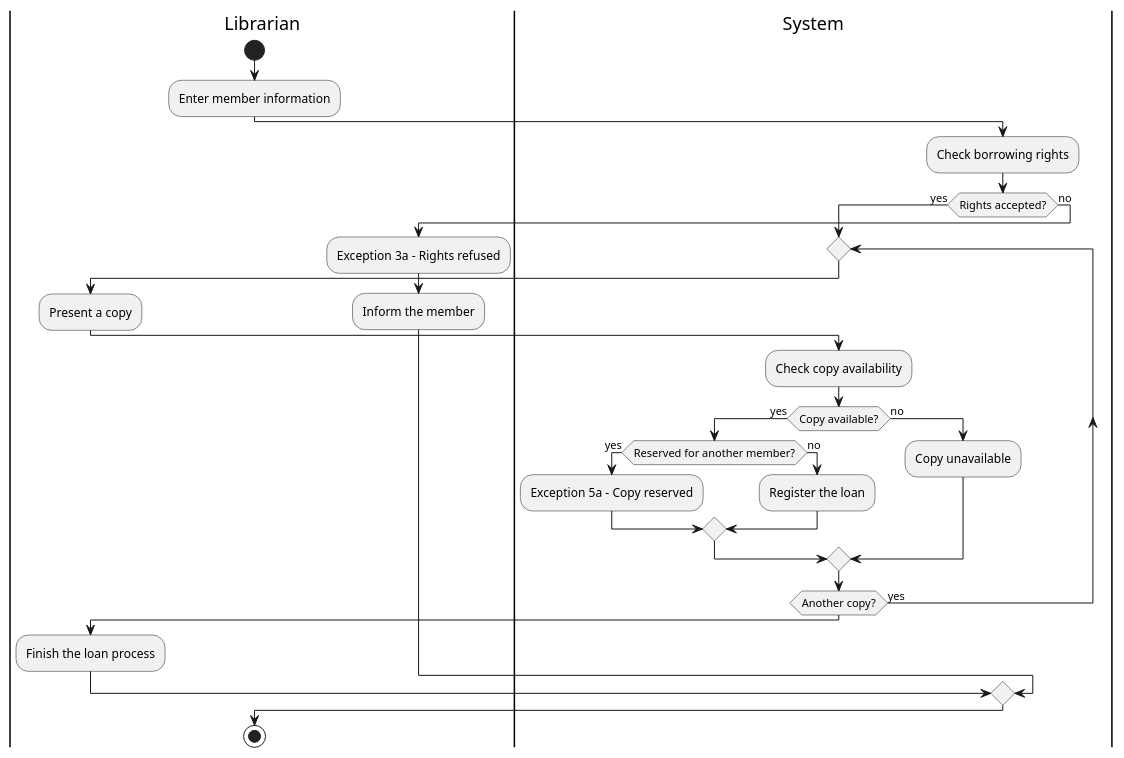
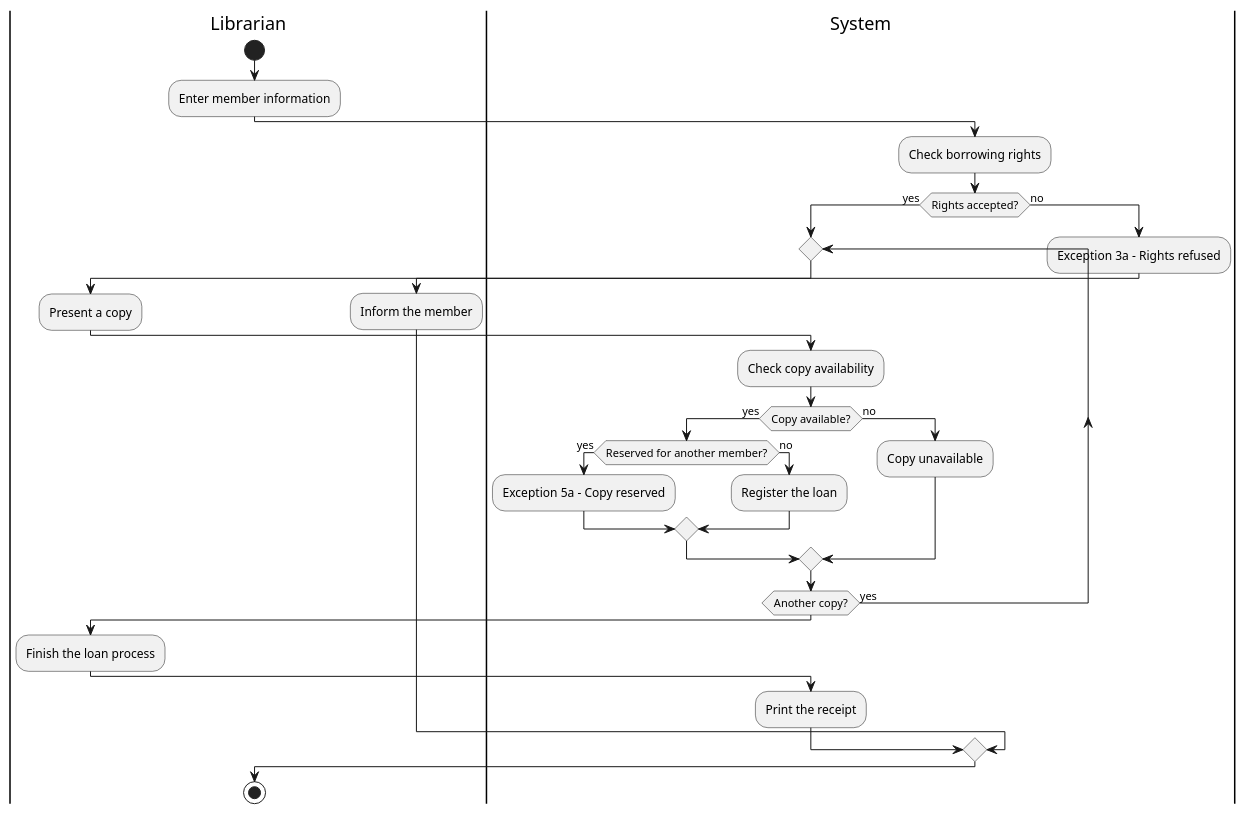
The diagram in docs/uml/register-loan-activity.puml (abderrahimbelfar/tp2-library), drawn with PlantUML before and after one commit. The commit also changed 7 other files, not shown here.

```diff
--- a/docs/uml/register-loan-activity.puml
+++ b/docs/uml/register-loan-activity.puml
@@ -1,42 +1,45 @@
 @startuml
 
 |Librarian|
 start
 :Enter member information;
 
 |System|
 :Check borrowing rights;
 
 if (Rights accepted?) then (yes)
 
   repeat
     |Librarian|
     :Present a copy;
 
     |System|
     :Check copy availability;
 
     if (Copy available?) then (yes)
       if (Reserved for another member?) then (yes)
         :Exception 5a - Copy reserved;
       else (no)
         :Register the loan;
       endif
     else (no)
       :Copy unavailable;
     endif
 
   repeat while (Another copy?) is (yes)
 
   |Librarian|
   :Finish the loan process;
 
+  |System|
+  :Print the receipt;
+
 else (no)
   :Exception 3a - Rights refused;
   |Librarian|
   :Inform the member;
 endif
 
 stop
 
 @enduml
```
